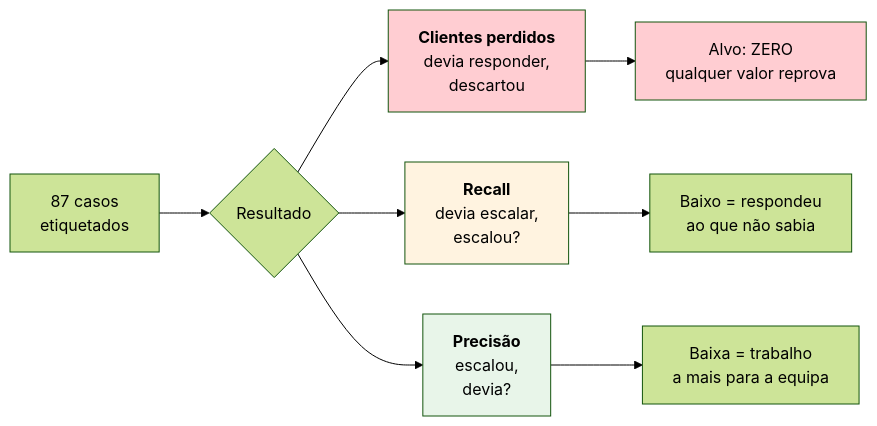
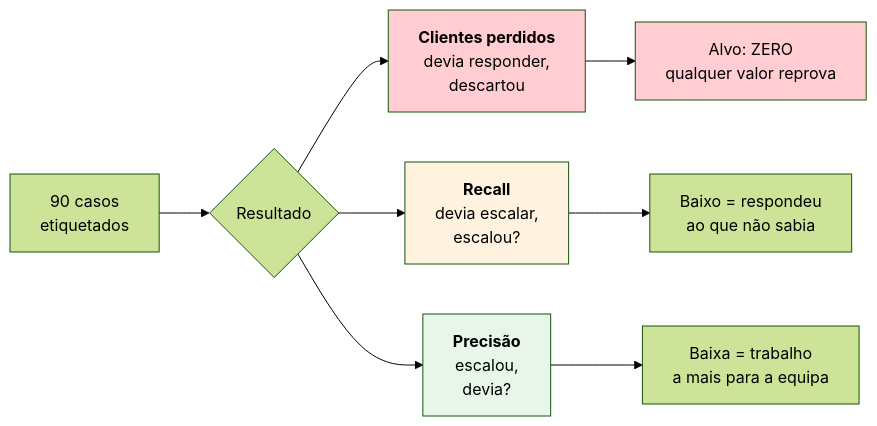
The diagram in docs/01-overview/problem-and-solution.md (joaocarvalhini/Outlook-Reply-Assistant), drawn with Mermaid (forest theme) before and after one commit. The commit also changed 10 other files, not shown here.

````diff
--- a/docs/01-overview/problem-and-solution.md
+++ b/docs/01-overview/problem-and-solution.md
@@ -70,16 +70,16 @@
 ```mermaid
 flowchart LR
-    A["87 casos<br/>etiquetados"] --> B{"Resultado"}
+    A["90 casos<br/>etiquetados"] --> B{"Resultado"}
     B --> C["<b>Clientes perdidos</b><br/>devia responder,<br/>descartou"]
     B --> D["<b>Recall</b><br/>devia escalar,<br/>escalou?"]
     B --> E["<b>Precisão</b><br/>escalou,<br/>devia?"]
 
     C --> F["Alvo: ZERO<br/>qualquer valor reprova"]
     D --> G["Baixo = respondeu<br/>ao que não sabia"]
     E --> H["Baixa = trabalho<br/>a mais para a equipa"]
 
     style C fill:#ffcdd2
     style F fill:#ffcdd2
     style D fill:#fff3e0
     style E fill:#e8f5e9
 ```
````
